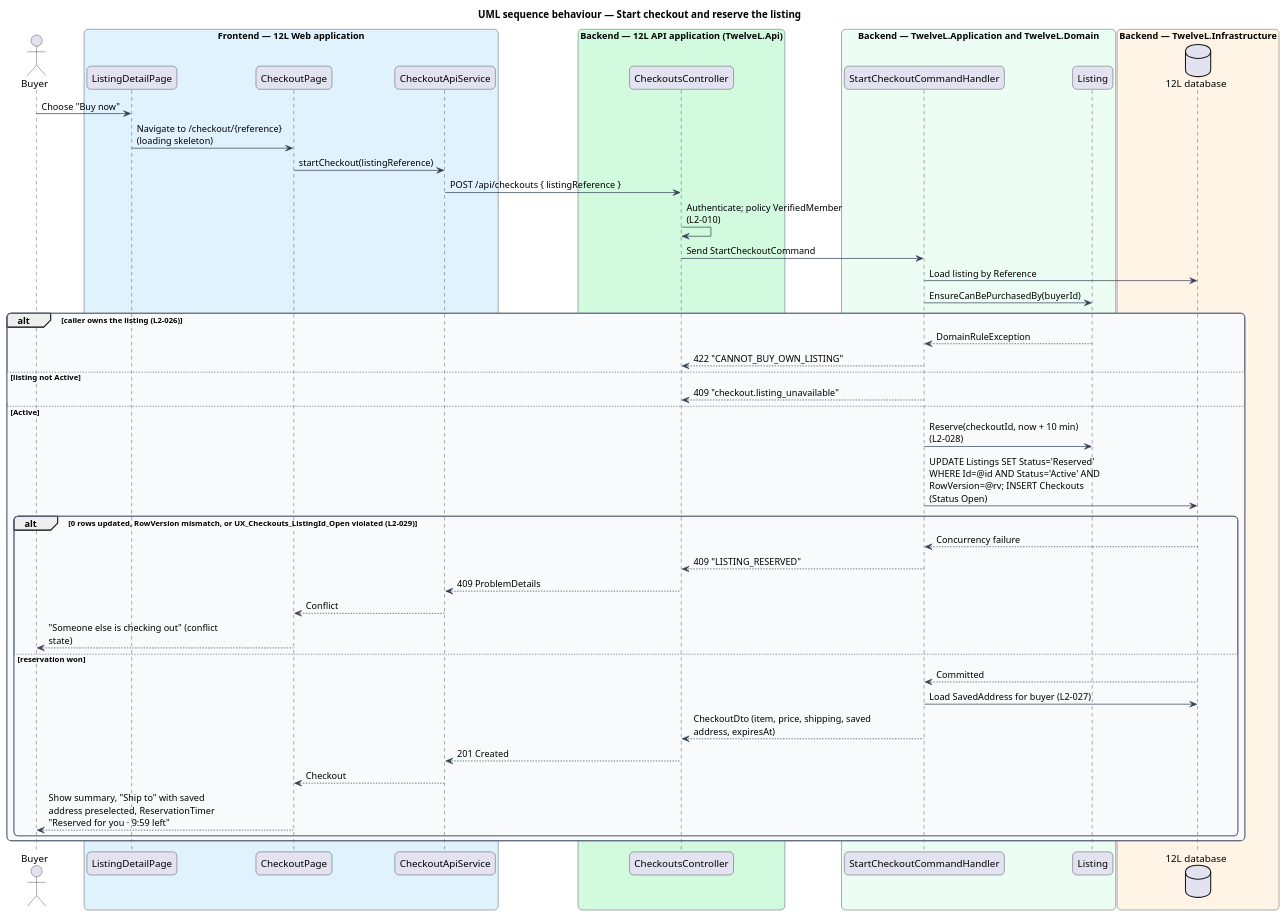
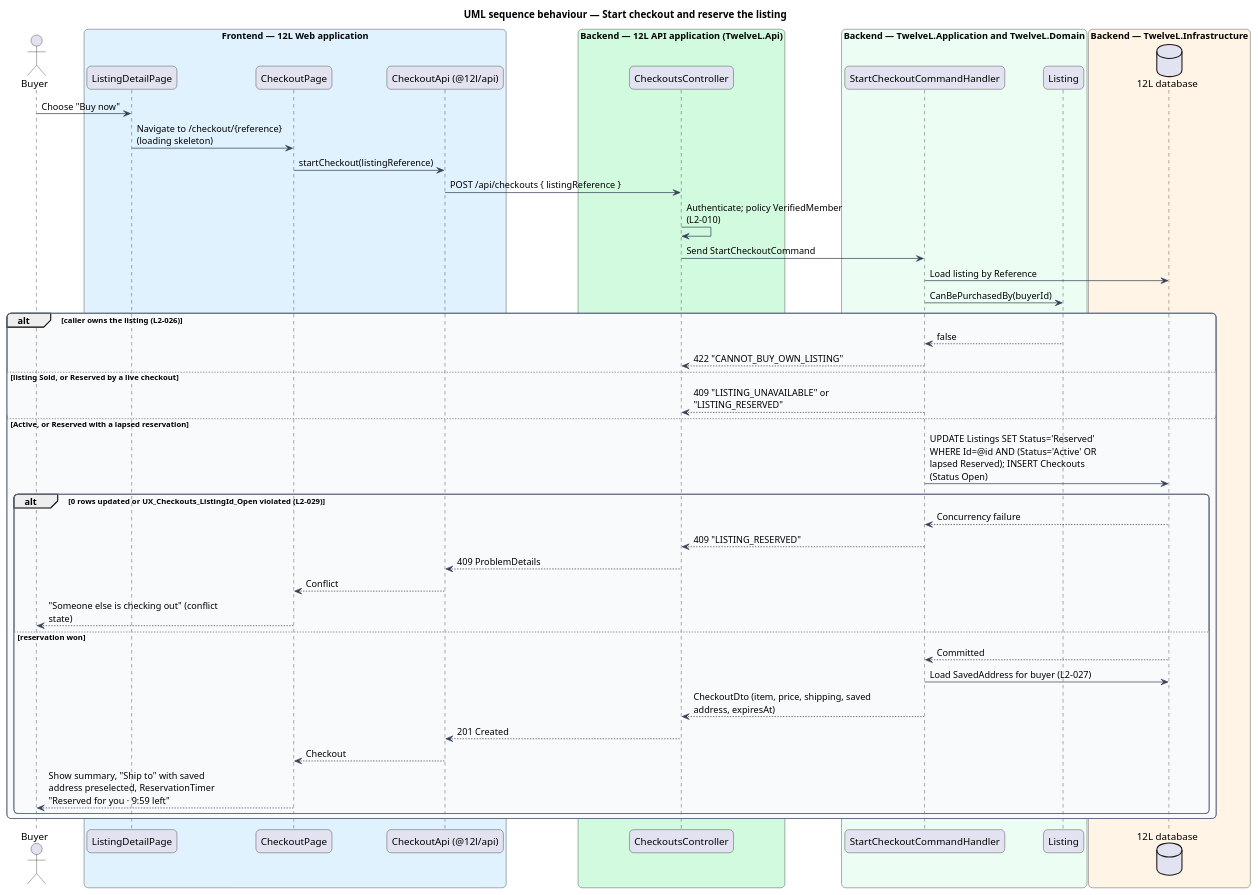
Before and after one commit to QuinntyneBrown/12l: the diagram in docs/detailed-designs/orders/checkout-and-pay/diagrams/sequence-start-checkout.puml, drawn with PlantUML. The commit also changed 66 other files, not shown here.

```diff
--- a/docs/detailed-designs/orders/checkout-and-pay/diagrams/sequence-start-checkout.puml
+++ b/docs/detailed-designs/orders/checkout-and-pay/diagrams/sequence-start-checkout.puml
@@ -1,66 +1,65 @@
 @startuml
 title UML sequence behaviour — Start checkout and reserve the listing
 skinparam backgroundColor #FFFFFF
 skinparam shadowing false
 skinparam roundcorner 12
 skinparam defaultFontName Arial
 skinparam ArrowColor #344054
 skinparam rectangle {
   BorderColor #344054
   FontColor #101828
 }
 skinparam package {
   BorderColor #667085
   FontColor #101828
   BackgroundColor #F9FAFB
 }
 skinparam sequenceMessageAlign left
 skinparam maxMessageSize 260
 actor "Buyer" as actor
 box "Frontend — 12L Web application" #E0F2FE
   participant "ListingDetailPage" as ld
   participant "CheckoutPage" as page
-  participant "CheckoutApiService" as client
+  participant "CheckoutApi (@12l/api)" as client
 end box
 box "Backend — 12L API application (TwelveL.Api)" #D1FADF
   participant "CheckoutsController" as ctrl
 end box
 box "Backend — TwelveL.Application and TwelveL.Domain" #ECFDF3
   participant "StartCheckoutCommandHandler" as h
   participant "Listing" as listing
 end box
 box "Backend — TwelveL.Infrastructure" #FFF4E5
   database "12L database" as db
 end box
 actor -> ld : Choose "Buy now"
 ld -> page : Navigate to /checkout/{reference} (loading skeleton)
 page -> client : startCheckout(listingReference)
 client -> ctrl : POST /api/checkouts { listingReference }
 ctrl -> ctrl : Authenticate; policy VerifiedMember (L2-010)
 ctrl -> h : Send StartCheckoutCommand
 h -> db : Load listing by Reference
-h -> listing : EnsureCanBePurchasedBy(buyerId)
+h -> listing : CanBePurchasedBy(buyerId)
 alt caller owns the listing (L2-026)
-  listing --> h : DomainRuleException
+  listing --> h : false
   h --> ctrl : 422 "CANNOT_BUY_OWN_LISTING"
-else listing not Active
-  h --> ctrl : 409 "checkout.listing_unavailable"
-else Active
-  h -> listing : Reserve(checkoutId, now + 10 min) (L2-028)
-  h -> db : UPDATE Listings SET Status='Reserved' WHERE Id=@id AND Status='Active' AND RowVersion=@rv; INSERT Checkouts (Status Open)
-  alt 0 rows updated, RowVersion mismatch, or UX_Checkouts_ListingId_Open violated (L2-029)
+else listing Sold, or Reserved by a live checkout
+  h --> ctrl : 409 "LISTING_UNAVAILABLE" or "LISTING_RESERVED"
+else Active, or Reserved with a lapsed reservation
+  h -> db : UPDATE Listings SET Status='Reserved' WHERE Id=@id AND (Status='Active' OR lapsed Reserved); INSERT Checkouts (Status Open)
+  alt 0 rows updated or UX_Checkouts_ListingId_Open violated (L2-029)
     db --> h : Concurrency failure
     h --> ctrl : 409 "LISTING_RESERVED"
     ctrl --> client : 409 ProblemDetails
     client --> page : Conflict
     page --> actor : "Someone else is checking out" (conflict state)
   else reservation won
     db --> h : Committed
     h -> db : Load SavedAddress for buyer (L2-027)
     h --> ctrl : CheckoutDto (item, price, shipping, saved address, expiresAt)
     ctrl --> client : 201 Created
     client --> page : Checkout
     page --> actor : Show summary, "Ship to" with saved address preselected, ReservationTimer "Reserved for you · 9:59 left"
   end
 end
 @enduml
```
